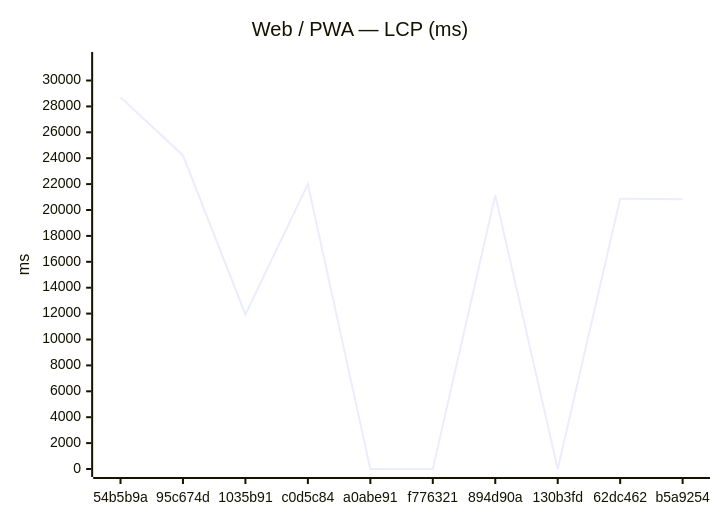
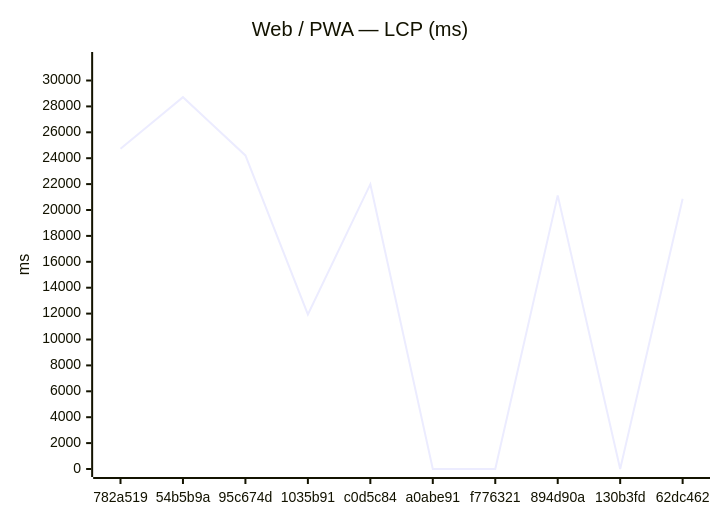
Before and after one commit to Metaheurist/Rianell: the first of 18 diagrams in benchmarks/compare.md, drawn with Mermaid. The commit also changed other lines of this file and 11 other files, not shown here.

````diff
--- a/benchmarks/compare.md
+++ b/benchmarks/compare.md
@@ -24,7 +24,7 @@
 ```mermaid
 xychart-beta
     title "Web / PWA — LCP (ms)"
-    x-axis ["54b5b9a", "95c674d", "1035b91", "c0d5c84", "a0abe91", "f776321", "894d90a", "130b3fd", "62dc462", "b5a9254"]
+    x-axis ["782a519", "54b5b9a", "95c674d", "1035b91", "c0d5c84", "a0abe91", "f776321", "894d90a", "130b3fd", "62dc462"]
     y-axis "ms" 0 --> 31584
-    line [28712, 24213, 11936, 21994, 0, 0, 21131, 0, 20871, 20837]
+    line [24725, 28712, 24213, 11936, 21994, 0, 0, 21131, 0, 20871]
 ```
````
